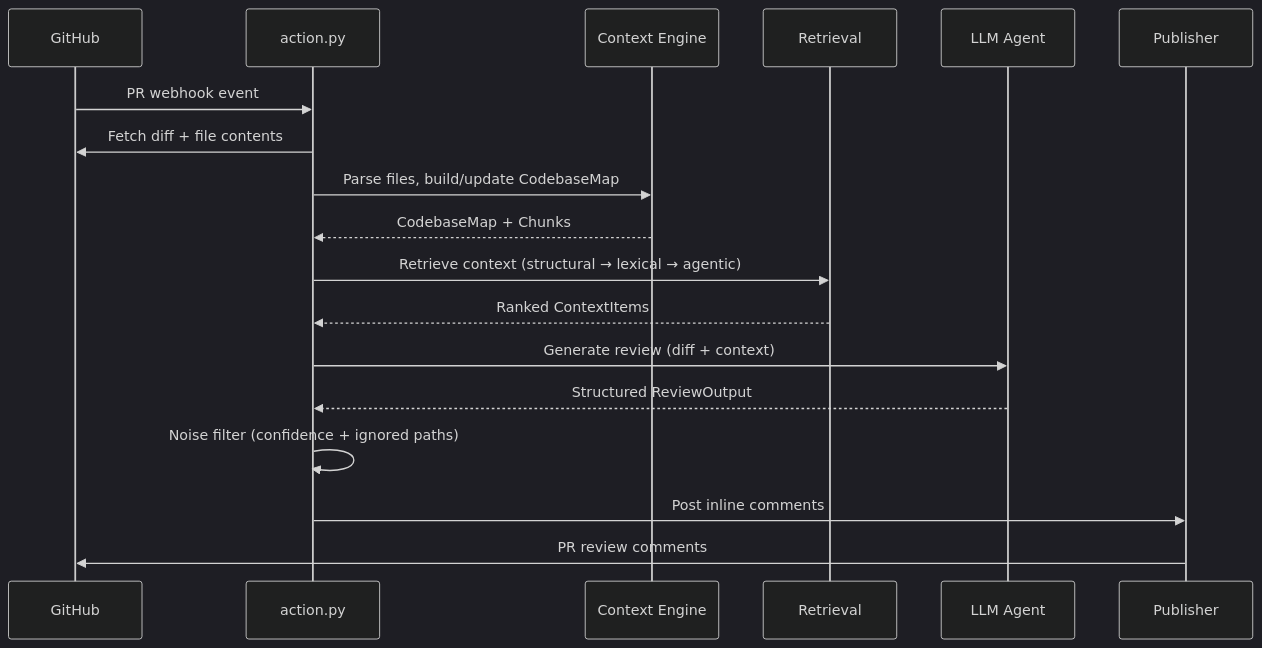
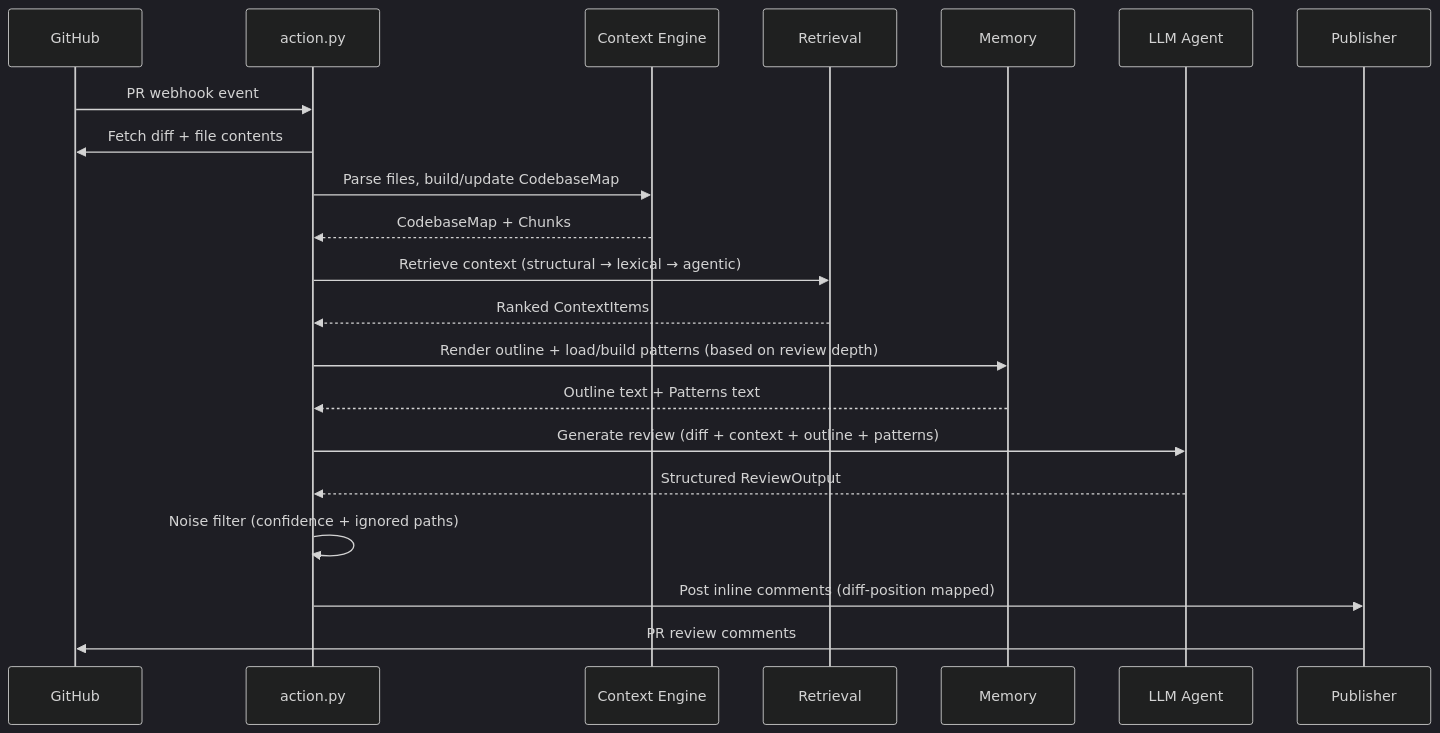
Before and after one commit to sudzxd/argus: the sixth of 6 diagrams in docs/architecture.md, drawn with Mermaid (dark theme). The commit also changed other lines of this file and 50 other files, not shown here.

````diff
--- a/docs/architecture.md
+++ b/docs/architecture.md
@@ -226,21 +265,24 @@
 ```mermaid
 sequenceDiagram
     participant GH as GitHub
     participant ACT as action.py
     participant CTX as Context Engine
     participant RET as Retrieval
+    participant MEM as Memory
     participant LLM as LLM Agent
     participant PUB as Publisher
 
     GH->>ACT: PR webhook event
     ACT->>GH: Fetch diff + file contents
     ACT->>CTX: Parse files, build/update CodebaseMap
     CTX-->>ACT: CodebaseMap + Chunks
     ACT->>RET: Retrieve context (structural → lexical → agentic)
     RET-->>ACT: Ranked ContextItems
-    ACT->>LLM: Generate review (diff + context)
+    ACT->>MEM: Render outline + load/build patterns (based on review depth)
+    MEM-->>ACT: Outline text + Patterns text
+    ACT->>LLM: Generate review (diff + context + outline + patterns)
     LLM-->>ACT: Structured ReviewOutput
     ACT->>ACT: Noise filter (confidence + ignored paths)
-    ACT->>PUB: Post inline comments
+    ACT->>PUB: Post inline comments (diff-position mapped)
     PUB->>GH: PR review comments
 ```
````
